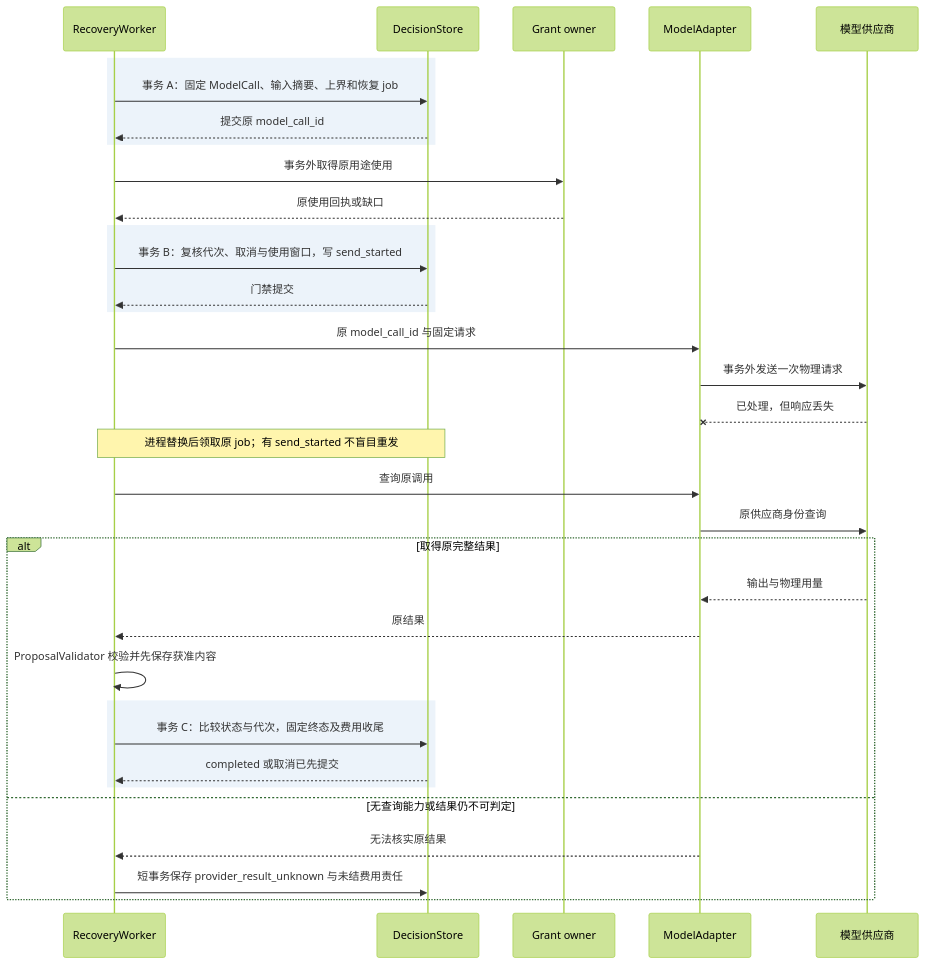
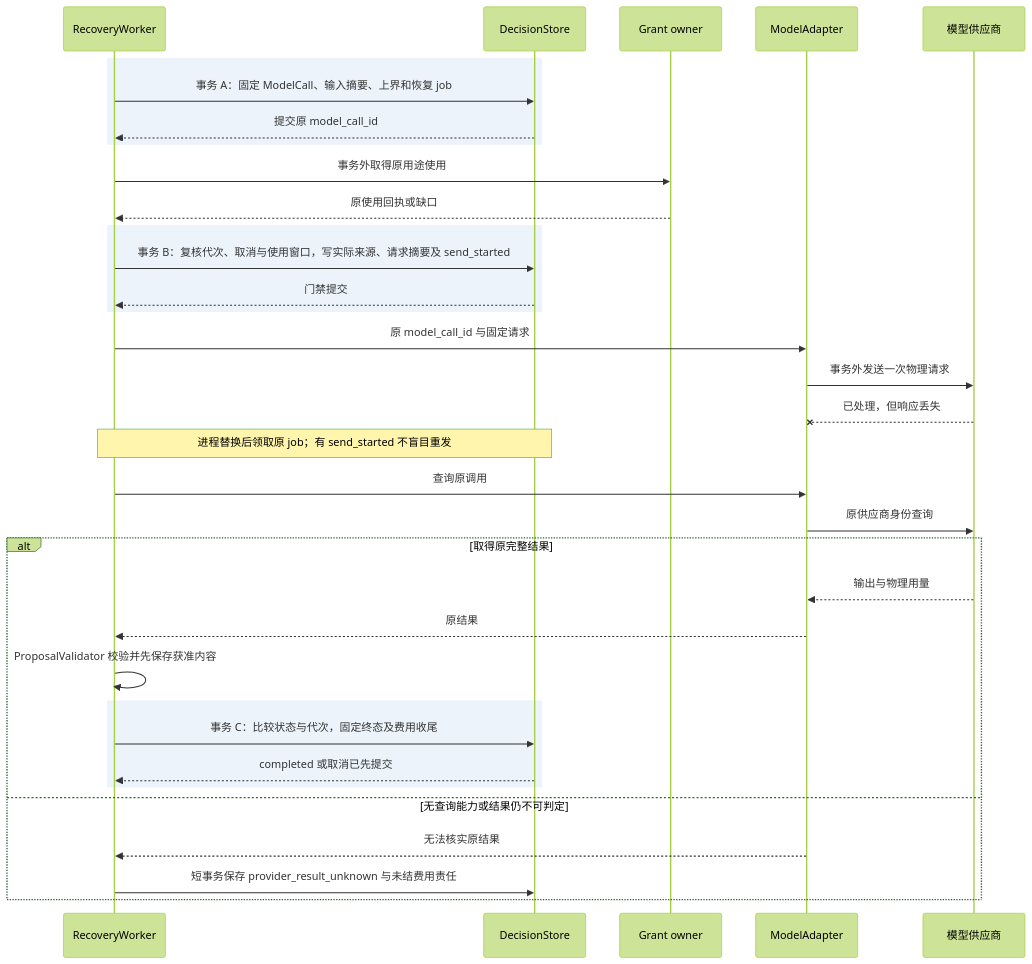
One commit to ruipengliu/lerna changed the third of 3 diagrams in docs/architecture/brain/implementation.md. Above: the diagram before and after it, drawn with Mermaid (forest theme). The commit also changed other lines of this file and 62 other files, not shown here.

Commit message:
docs: complete architecture review follow-up

````diff
--- a/docs/architecture/brain/implementation.md
+++ b/docs/architecture/brain/implementation.md
@@ -244,36 +248,36 @@
 ```mermaid
 sequenceDiagram
     participant W as RecoveryWorker
     participant S as DecisionStore
     participant G as Grant owner
     participant M as ModelAdapter
     participant P as 模型供应商
     rect rgb(236, 243, 250)
       W->>S: 事务 A：固定 ModelCall、输入摘要、上界和恢复 job
       S-->>W: 提交原 model_call_id
     end
     W->>G: 事务外取得原用途使用
     G-->>W: 原使用回执或缺口
     rect rgb(236, 243, 250)
-      W->>S: 事务 B：复核代次、取消与使用窗口，写 send_started
+      W->>S: 事务 B：复核代次、取消与使用窗口，写实际来源、请求摘要及 send_started
       S-->>W: 门禁提交
     end
     W->>M: 原 model_call_id 与固定请求
     M->>P: 事务外发送一次物理请求
     P--xM: 已处理，但响应丢失
     Note over W,S: 进程替换后领取原 job；有 send_started 不盲目重发
     W->>M: 查询原调用
     M->>P: 原供应商身份查询
     alt 取得原完整结果
       P-->>M: 输出与物理用量
       M-->>W: 原结果
       W->>W: ProposalValidator 校验并先保存获准内容
       rect rgb(236, 243, 250)
         W->>S: 事务 C：比较状态与代次，固定终态及费用收尾
         S-->>W: completed 或取消已先提交
       end
     else 无查询能力或结果仍不可判定
       M-->>W: 无法核实原结果
       W->>S: 短事务保存 provider_result_unknown 与未结费用责任
     end
 ```
````
